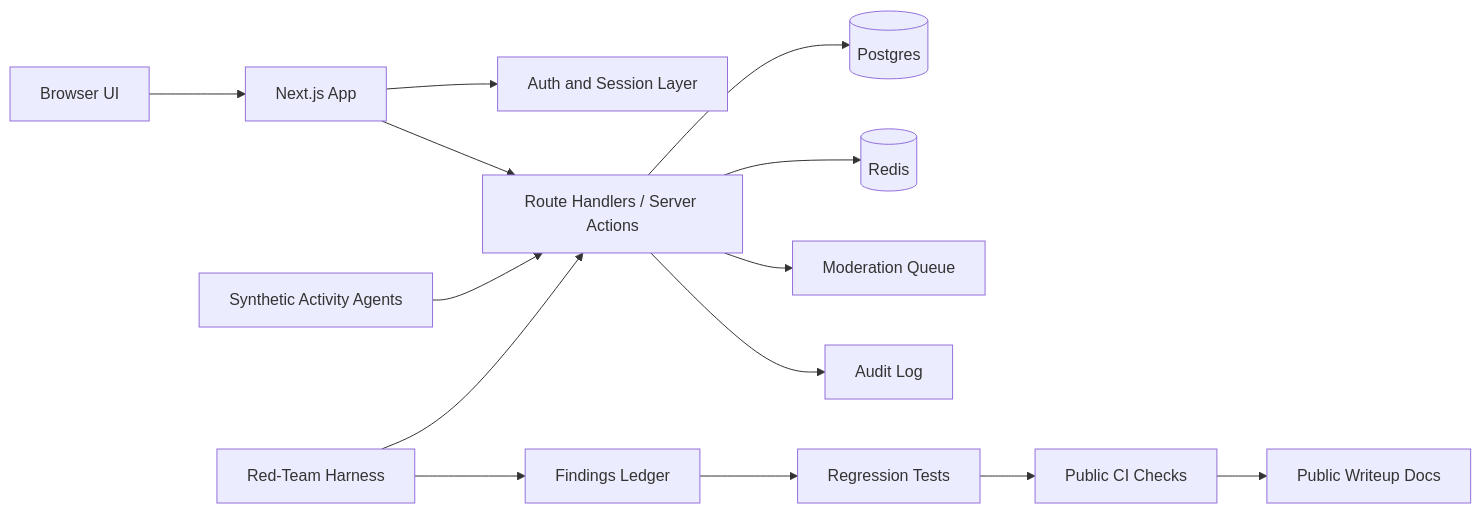
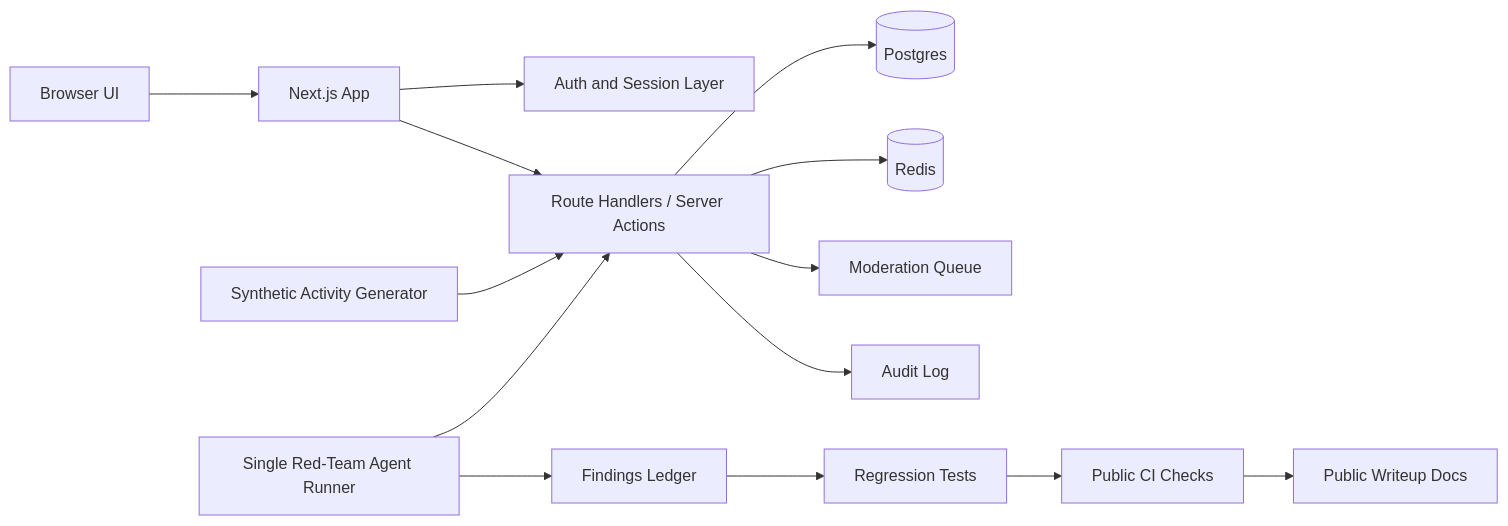
Before and after one commit to rhprasad0/agentic-x-clone-red-team: the diagram in docs/architecture.md, drawn with Mermaid. The commit also changed other lines of this file and 9 other files, not shown here.

Commit message:
docs: scope single-agent red-team scaffold

````diff
--- a/docs/architecture.md
+++ b/docs/architecture.md
@@ -5,17 +5,17 @@
 ```mermaid
 flowchart LR
   Browser[Browser UI] --> App[Next.js App]
   App --> Auth[Auth and Session Layer]
   App --> API[Route Handlers / Server Actions]
   API --> Postgres[(Postgres)]
   API --> Redis[(Redis)]
   API --> Mod[Moderation Queue]
   API --> Audit[Audit Log]
 
-  Synth[Synthetic Activity Agents] --> API
-  RedTeam[Red-Team Harness] --> API
+  Synth[Synthetic Activity Generator] --> API
+  RedTeam[Single Red-Team Agent Runner] --> API
   RedTeam --> Findings[Findings Ledger]
   Findings --> Tests[Regression Tests]
   Tests --> CI[Public CI Checks]
   CI --> Docs[Public Writeup Docs]
 ```
````
